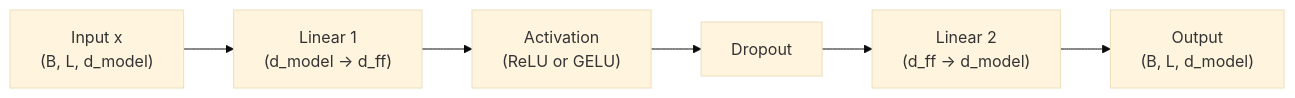
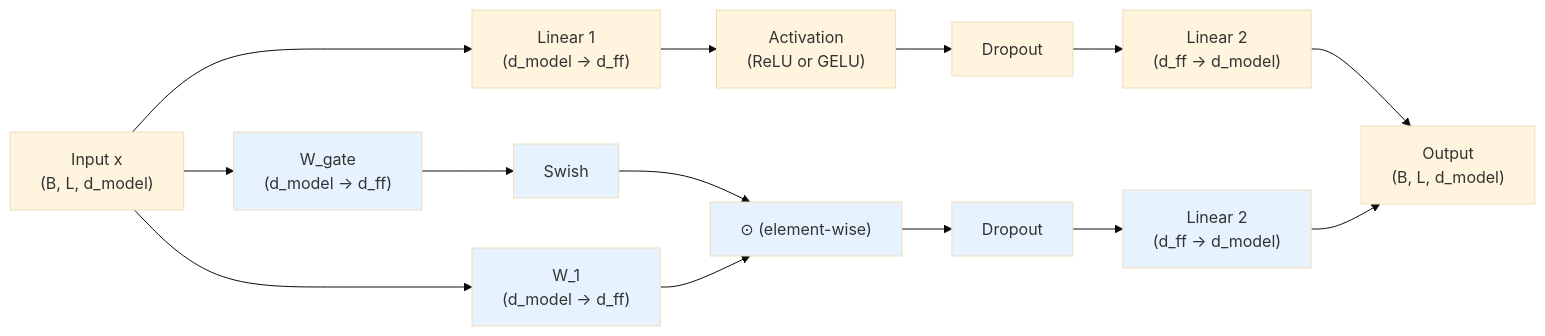
One commit to ambideXtrous9/Transformer-from-Scratch changed the diagram in docs/FFN.md. Above: the diagram before and after it, drawn with Mermaid (base theme). The commit also changed other lines of this file and 67 other files, not shown here.

````diff
--- a/docs/FFN.md
+++ b/docs/FFN.md
@@ -22,8 +22,24 @@
 ```mermaid
 graph LR
     Input["Input x \n (B, L, d_model)"] --> FC1["Linear 1 \n (d_model → d_ff)"]
     FC1 --> Act["Activation \n (ReLU or GELU)"]
     Act --> Drop[Dropout]
     Drop --> FC2["Linear 2 \n (d_ff → d_model)"]
     FC2 --> Output["Output \n (B, L, d_model)"]
+
+    Input --> Gate["W_gate \n (d_model → d_ff)"]
+    Input --> Up["W_1 \n (d_model → d_ff)"]
+    Gate --> Swish["Swish"]
+    Swish --> Mul["⊙ (element-wise)"]
+    Up --> Mul
+    Mul --> DropS[Dropout]
+    DropS --> FC2S["Linear 2 \n (d_ff → d_model)"]
+    FC2S --> Output
+
+    style Gate fill:#e6f3ff
+    style Up fill:#e6f3ff
+    style Swish fill:#e6f3ff
+    style Mul fill:#e6f3ff
+    style DropS fill:#e6f3ff
+    style FC2S fill:#e6f3ff
 ```
````
